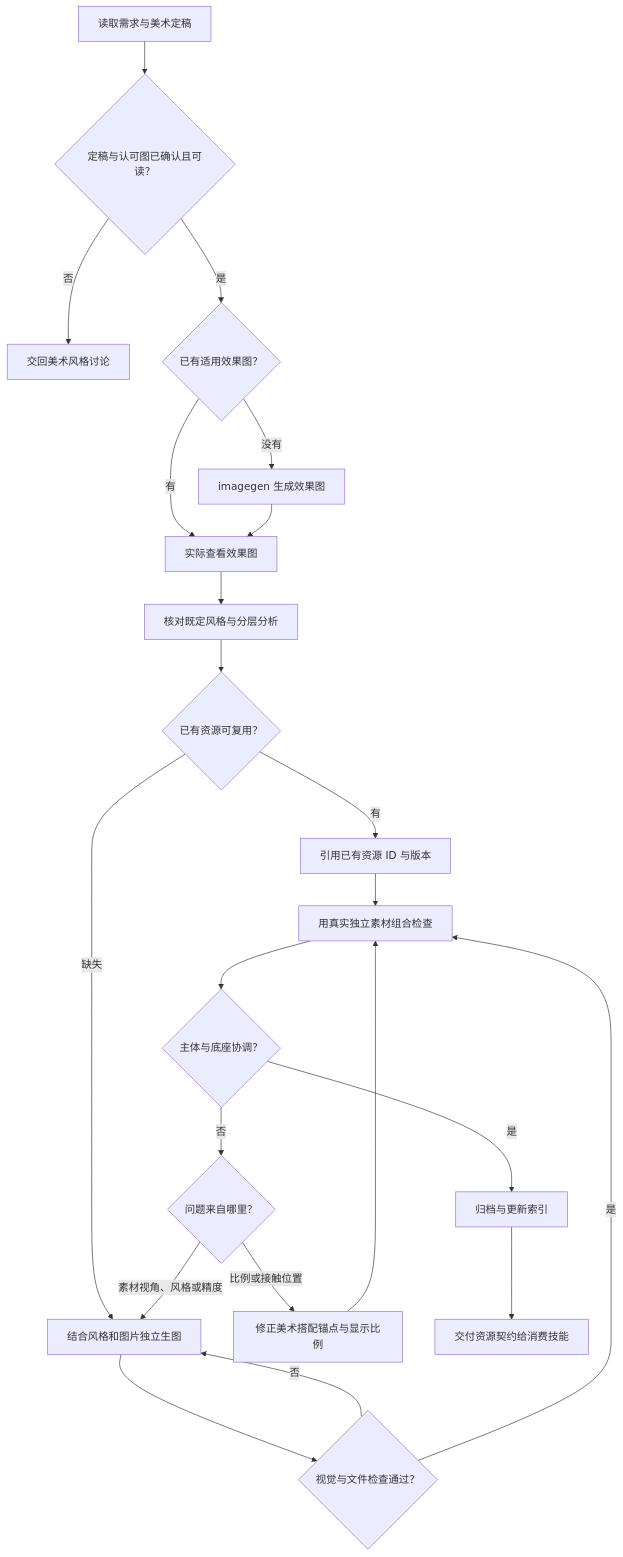
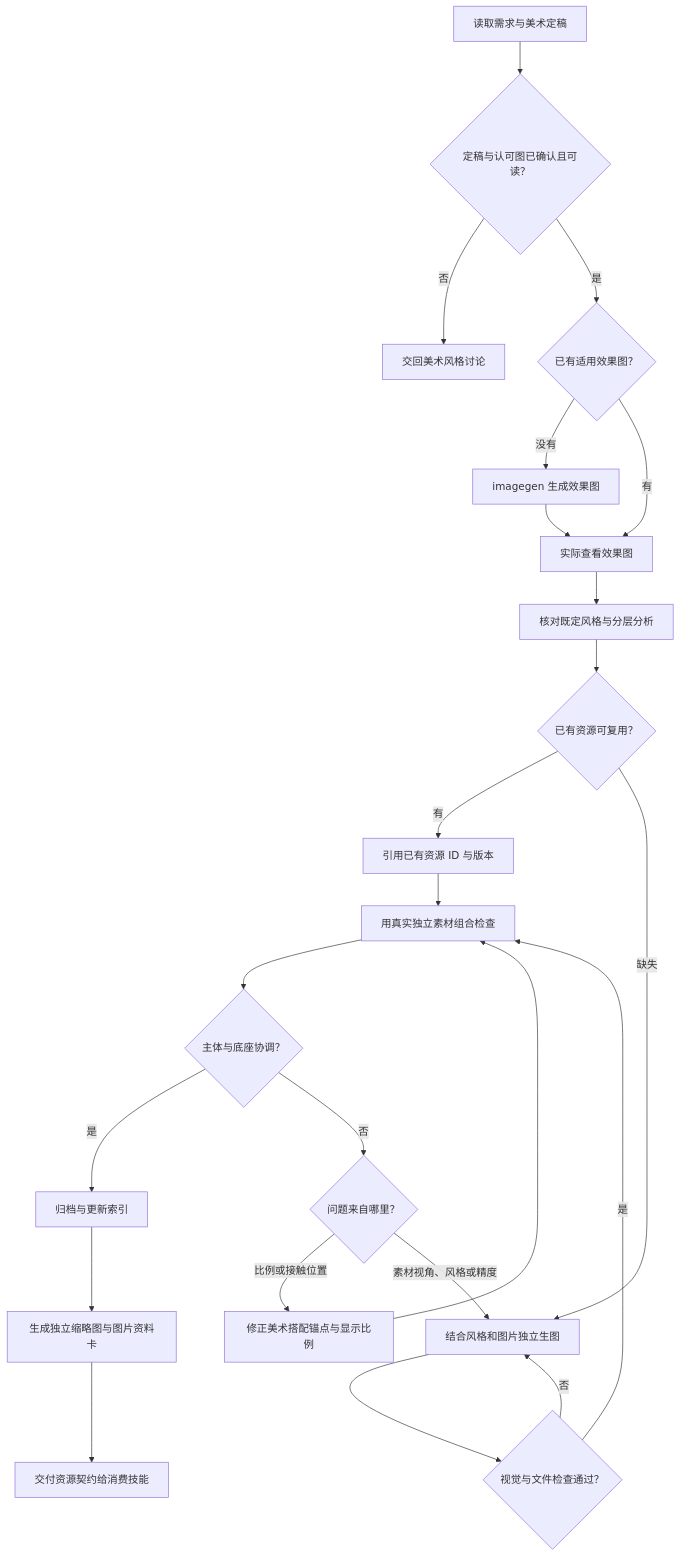
Before and after one commit to 229196637/game-development-skills: the diagram in game-layered-art/SKILL.md, drawn with Mermaid. The commit also changed other lines of this file and 7 other files, not shown here.

````diff
--- a/game-layered-art/SKILL.md
+++ b/game-layered-art/SKILL.md
@@ -15,33 +15,35 @@
 ```mermaid
 flowchart TD
   A[读取需求与美术定稿] --> Ready{定稿与认可图已确认且可读？}
   Ready -->|否| Talk[交回美术风格讨论]
   Ready -->|是| B{已有适用效果图？}
   B -->|没有| C[imagegen 生成效果图]
   B -->|有| D[实际查看效果图]
   C --> D
   D --> E[核对既定风格与分层分析]
   E --> F{已有资源可复用？}
   F -->|有| G[引用已有资源 ID 与版本]
   F -->|缺失| H[结合风格和图片独立生图]
   H --> I{视觉与文件检查通过？}
   I -->|否| H
   I -->|是| P[用真实独立素材组合检查]
   G --> P
   P --> Q{主体与底座协调？}
   Q -->|是| J[归档与更新索引]
   Q -->|否| R{问题来自哪里？}
   R -->|比例或接触位置| T[修正美术搭配锚点与显示比例]
   T --> P
   R -->|素材视角、风格或精度| H
-  J --> K[交付资源契约给消费技能]
+  J --> V[生成独立缩略图与图片资料卡]
+  V --> K[交付资源契约给消费技能]
   click E "references/style.md"
   click A "../game-art-style-discussion/references/direction-contract.md"
   click Talk "../game-art-style-discussion/SKILL.md"
   click F "references/resources.md"
   click H "references/production.md"
   click J "references/tooling.md"
+  click V "references/tooling.md"
   click P "references/pairing.md"
   click T "references/pairing.md"
   click K "references/resources.md"
 ```
````
